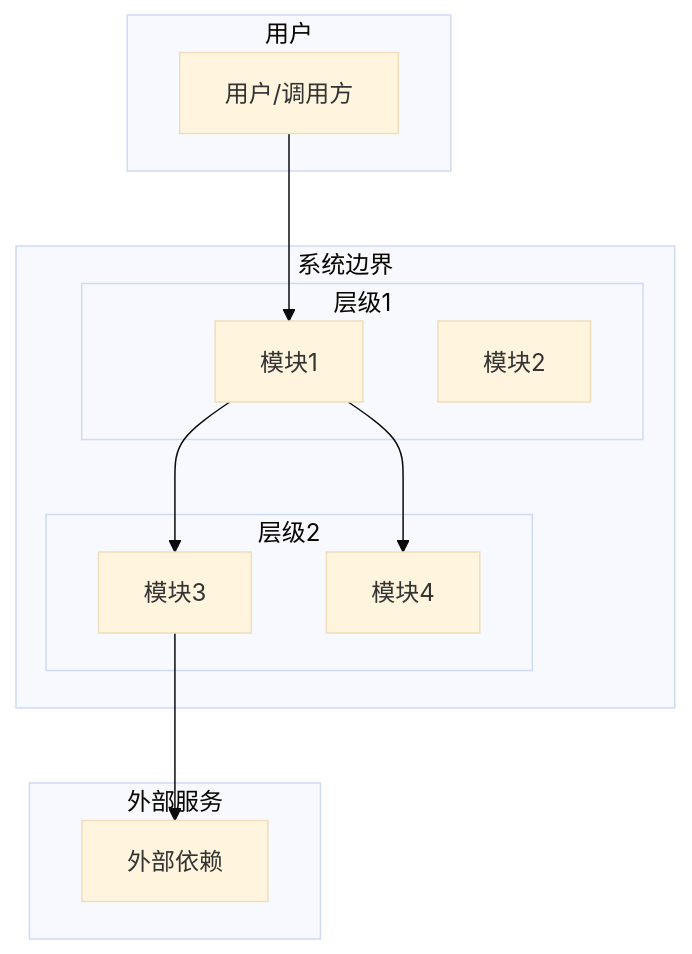
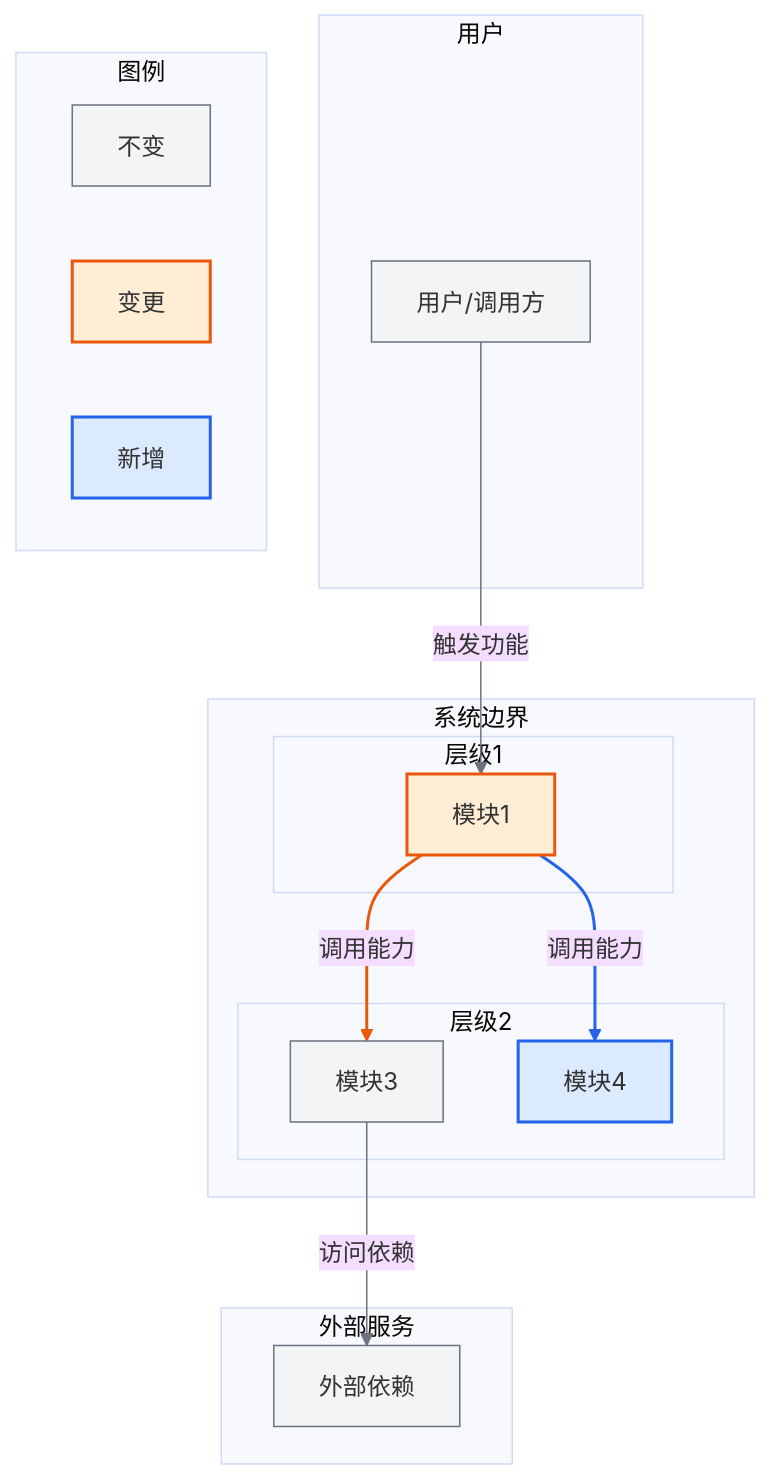
The second of 3 diagrams in skills/sr-design/reference/design-template.md (Ddfang-sdf/Awesome-Agent-Workflow), drawn with Mermaid (base theme) before and after one commit. The commit also changed other lines of this file and 9 other files, not shown here.

Commit message:
Add change-focused Mermaid visuals to SR design

````diff
--- a/skills/sr-design/reference/design-template.md
+++ b/skills/sr-design/reference/design-template.md
@@ -65,27 +86,47 @@
 ```mermaid
 graph TB
     subgraph 用户
         U[用户/调用方]
     end
 
     subgraph 系统边界
         subgraph L1[层级1]
             M1[模块1]
-            M2[模块2]
         end
 
         subgraph L2[层级2]
             M3[模块3]
             M4[模块4]
         end
     end
 
     subgraph 外部服务
         EXT[外部依赖]
     end
 
-    U --> M1
-    M1 --> M3
-    M1 --> M4
-    M3 --> EXT
+    U -->|触发功能| M1
+    M1 -->|调用能力| M3
+    M1 -->|调用能力| M4
+    M3 -->|访问依赖| EXT
+
+    subgraph Legend[图例]
+        direction LR
+        LG_UNCHANGED[不变]
+        LG_CHANGED[变更]
+        LG_ADDED[新增]
+    end
+
+    classDef added fill:#dbeafe,stroke:#2563eb,stroke-width:2px;
+    classDef changed fill:#ffedd5,stroke:#ea580c,stroke-width:2px;
+    classDef deleted fill:#fee2e2,stroke:#dc2626,stroke-width:2px,stroke-dasharray:5 5;
+    classDef unchanged fill:#f3f4f6,stroke:#6b7280,stroke-width:1px;
+
+    class U,M3,EXT,LG_UNCHANGED unchanged;
+    class M1,LG_CHANGED changed;
+    class M4,LG_ADDED added;
+
+    linkStyle 0 stroke:#6b7280,stroke-width:1px;
+    linkStyle 1 stroke:#ea580c,stroke-width:2px;
+    linkStyle 2 stroke:#2563eb,stroke-width:2px;
+    linkStyle 3 stroke:#6b7280,stroke-width:1px;
 ```
````
